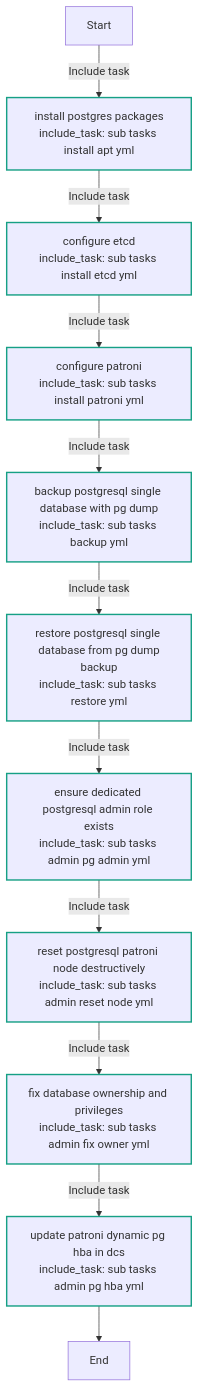
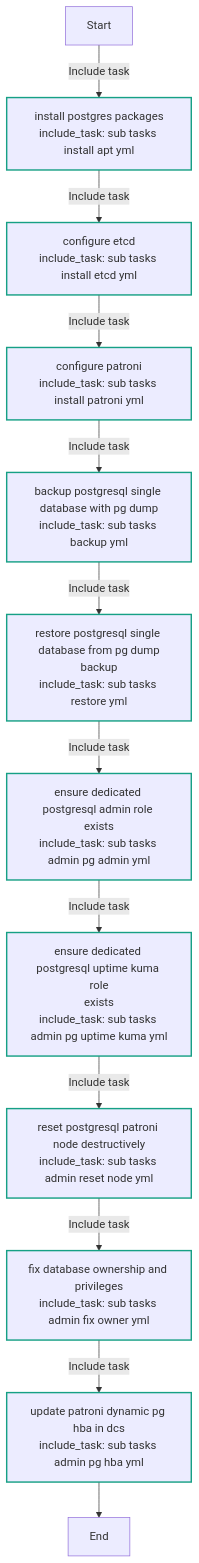
Before and after one commit to Lebowski89/homelab: the first of 11 diagrams in ansible/roles/postgres/README.md, drawn with Mermaid. The commit also changed other lines of this file and 19 other files, not shown here.

Commit message:
feat(uptime-kuma): add Postgres and public service monitoring

````diff
--- a/ansible/roles/postgres/README.md
+++ b/ansible/roles/postgres/README.md
@@ -230,23 +241,24 @@
 ```mermaid
 flowchart TD
 Start
 classDef block stroke:#3498db,stroke-width:2px;
 classDef task stroke:#4b76bb,stroke-width:2px;
 classDef includeTasks stroke:#16a085,stroke-width:2px;
 classDef importTasks stroke:#34495e,stroke-width:2px;
 classDef includeRole stroke:#2980b9,stroke-width:2px;
 classDef importRole stroke:#699ba7,stroke-width:2px;
 classDef includeVars stroke:#8e44ad,stroke-width:2px;
 classDef rescue stroke:#665352,stroke-width:2px;
 
   Start-->|Include task| Install_postgres_packages_sub_tasks_install_apt_yml_0[install postgres packages<br>include_task: sub tasks install apt yml]:::includeTasks
   Install_postgres_packages_sub_tasks_install_apt_yml_0-->|Include task| Configure_etcd_sub_tasks_install_etcd_yml_1[configure etcd<br>include_task: sub tasks install etcd yml]:::includeTasks
   Configure_etcd_sub_tasks_install_etcd_yml_1-->|Include task| Configure_Patroni_sub_tasks_install_patroni_yml_2[configure patroni<br>include_task: sub tasks install patroni yml]:::includeTasks
   Configure_Patroni_sub_tasks_install_patroni_yml_2-->|Include task| Backup_PostgreSQL_single_database_with_pg_dump_sub_tasks_backup_yml_3[backup postgresql single database with pg dump<br>include_task: sub tasks backup yml]:::includeTasks
   Backup_PostgreSQL_single_database_with_pg_dump_sub_tasks_backup_yml_3-->|Include task| Restore_PostgreSQL_single_database_from_pg_dump_backup_sub_tasks_restore_yml_4[restore postgresql single database from pg dump<br>backup<br>include_task: sub tasks restore yml]:::includeTasks
   Restore_PostgreSQL_single_database_from_pg_dump_backup_sub_tasks_restore_yml_4-->|Include task| Ensure_dedicated_PostgreSQL_admin_role_exists_sub_tasks_admin_pg_admin_yml_5[ensure dedicated postgresql admin role exists<br>include_task: sub tasks admin pg admin yml]:::includeTasks
-  Ensure_dedicated_PostgreSQL_admin_role_exists_sub_tasks_admin_pg_admin_yml_5-->|Include task| Reset_PostgreSQL_Patroni_node_destructively_sub_tasks_admin_reset_node_yml_6[reset postgresql patroni node destructively<br>include_task: sub tasks admin reset node yml]:::includeTasks
-  Reset_PostgreSQL_Patroni_node_destructively_sub_tasks_admin_reset_node_yml_6-->|Include task| Fix_database_ownership_and_privileges_sub_tasks_admin_fix_owner_yml_7[fix database ownership and privileges<br>include_task: sub tasks admin fix owner yml]:::includeTasks
-  Fix_database_ownership_and_privileges_sub_tasks_admin_fix_owner_yml_7-->|Include task| Update_Patroni_dynamic_pg_hba_in_DCS_sub_tasks_admin_pg_hba_yml_8[update patroni dynamic pg hba in dcs<br>include_task: sub tasks admin pg hba yml]:::includeTasks
-  Update_Patroni_dynamic_pg_hba_in_DCS_sub_tasks_admin_pg_hba_yml_8-->End
+  Ensure_dedicated_PostgreSQL_admin_role_exists_sub_tasks_admin_pg_admin_yml_5-->|Include task| Ensure_dedicated_PostgreSQL_Uptime_Kuma_role_exists_sub_tasks_admin_pg_uptime_kuma_yml_6[ensure dedicated postgresql uptime kuma role<br>exists<br>include_task: sub tasks admin pg uptime kuma yml]:::includeTasks
+  Ensure_dedicated_PostgreSQL_Uptime_Kuma_role_exists_sub_tasks_admin_pg_uptime_kuma_yml_6-->|Include task| Reset_PostgreSQL_Patroni_node_destructively_sub_tasks_admin_reset_node_yml_7[reset postgresql patroni node destructively<br>include_task: sub tasks admin reset node yml]:::includeTasks
+  Reset_PostgreSQL_Patroni_node_destructively_sub_tasks_admin_reset_node_yml_7-->|Include task| Fix_database_ownership_and_privileges_sub_tasks_admin_fix_owner_yml_8[fix database ownership and privileges<br>include_task: sub tasks admin fix owner yml]:::includeTasks
+  Fix_database_ownership_and_privileges_sub_tasks_admin_fix_owner_yml_8-->|Include task| Update_Patroni_dynamic_pg_hba_in_DCS_sub_tasks_admin_pg_hba_yml_9[update patroni dynamic pg hba in dcs<br>include_task: sub tasks admin pg hba yml]:::includeTasks
+  Update_Patroni_dynamic_pg_hba_in_DCS_sub_tasks_admin_pg_hba_yml_9-->End
 ```
````
